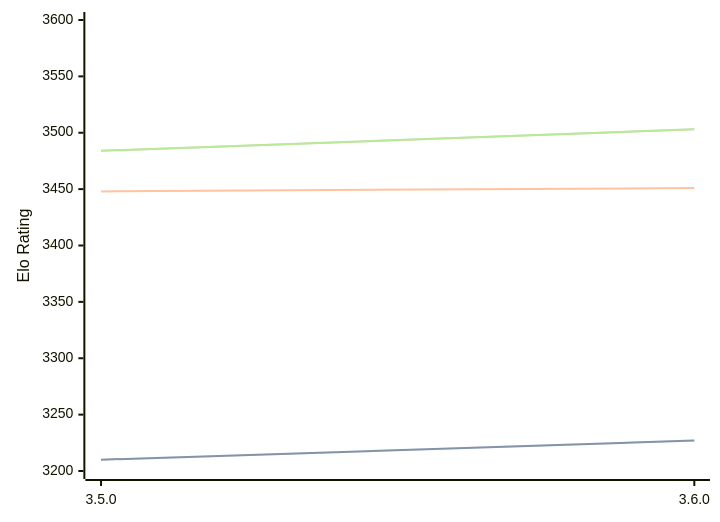
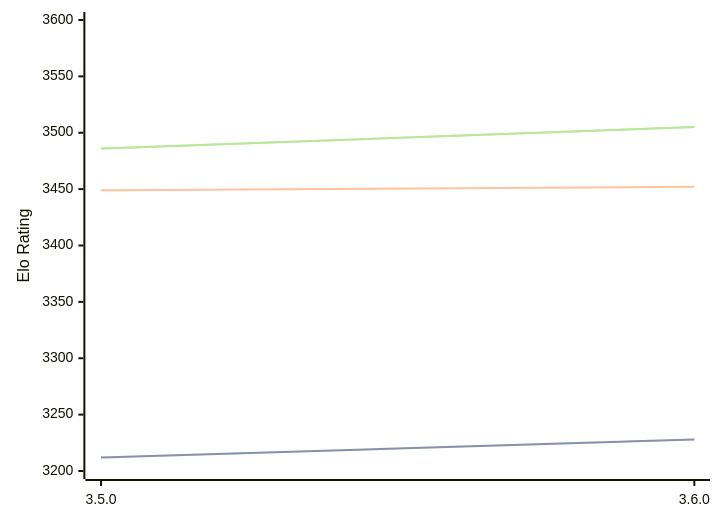
Before and after one commit to computer-chess-index/cci: the diagram in engines/Igel.md, drawn with Mermaid. The commit also changed other lines of this file, not shown here.

Commit message:
Update CCI Ratings (ELO VLTC) - 2026-05-06

````diff
--- a/engines/Igel.md
+++ b/engines/Igel.md
@@ -68,11 +68,11 @@
 ```mermaid
 %%{init: {"theme":"base","themeVariables":{"seriesColors:['#a3a3a3','#222221','#faa371']}}}%%
 xychart-beta
   x-axis ["3.5.0", "3.6.0"]
   y-axis "Elo Rating" 3200 --> 3600
-  line "STC (8.0+0.08s)" [3210, 3227]
-  line "STC (8.0+0.08s)" [3210, 3227]
-  line "LTC (60.0+0.60s)" [3448, 3451]
-  line "VLTC (2m24s+1.12s)" [3484, 3503]
-  line "VLTC (2m24s+1.12s)" [3484, 3503]
+  line "STC (8.0+0.08s)" [3212, 3228]
+  line "STC (8.0+0.08s)" [3212, 3228]
+  line "LTC (60.0+0.60s)" [3449, 3452]
+  line "VLTC (2m24s+1.12s)" [3486, 3505]
+  line "VLTC (2m24s+1.12s)" [3486, 3505]
 ```
````
